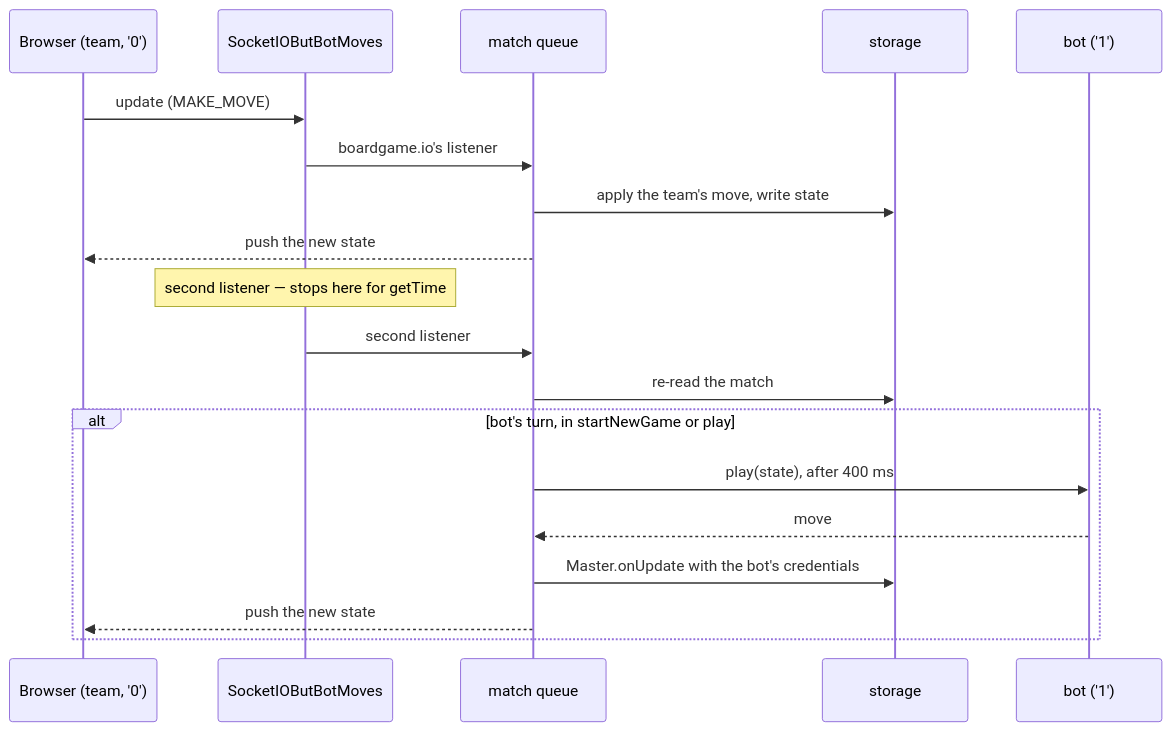
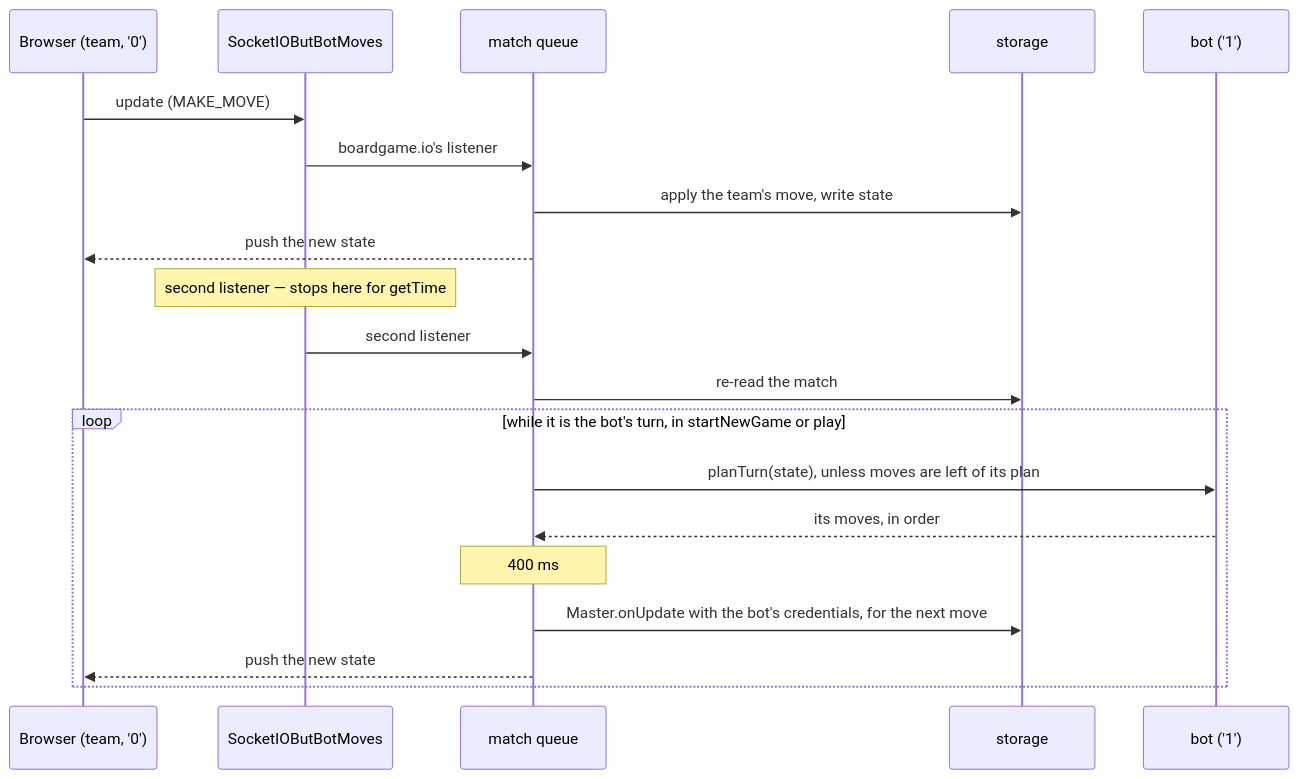
The diagram in docs/ARCHITECTURE.md (a-gondolkodas-orome/durer-aion), drawn with Mermaid before and after one commit. The commit also changed other lines of this file and 12 other files, not shown here.

First line of the commit message:
Let a bot strategy name its turn as several moves

````diff
--- a/docs/ARCHITECTURE.md
+++ b/docs/ARCHITECTURE.md
@@ -98,21 +98,22 @@
 ```mermaid
 sequenceDiagram
     participant B as Browser (team, '0')
     participant T as SocketIOButBotMoves
     participant Q as match queue
     participant S as storage
     participant Bot as bot ('1')
     B->>T: update (MAKE_MOVE)
     T->>Q: boardgame.io's listener
     Q->>S: apply the team's move, write state
     Q-->>B: push the new state
     Note over T: second listener — stops here for getTime
     T->>Q: second listener
     Q->>S: re-read the match
-    alt bot's turn, in startNewGame or play
-        Q->>Bot: play(state), after 400 ms
-        Bot-->>Q: move
-        Q->>S: Master.onUpdate with the bot's credentials
+    loop while it is the bot's turn, in startNewGame or play
+        Q->>Bot: planTurn(state), unless moves are left of its plan
+        Bot-->>Q: its moves, in order
+        Note over Q: 400 ms
+        Q->>S: Master.onUpdate with the bot's credentials, for the next move
         Q-->>B: push the new state
     end
 ```
````
